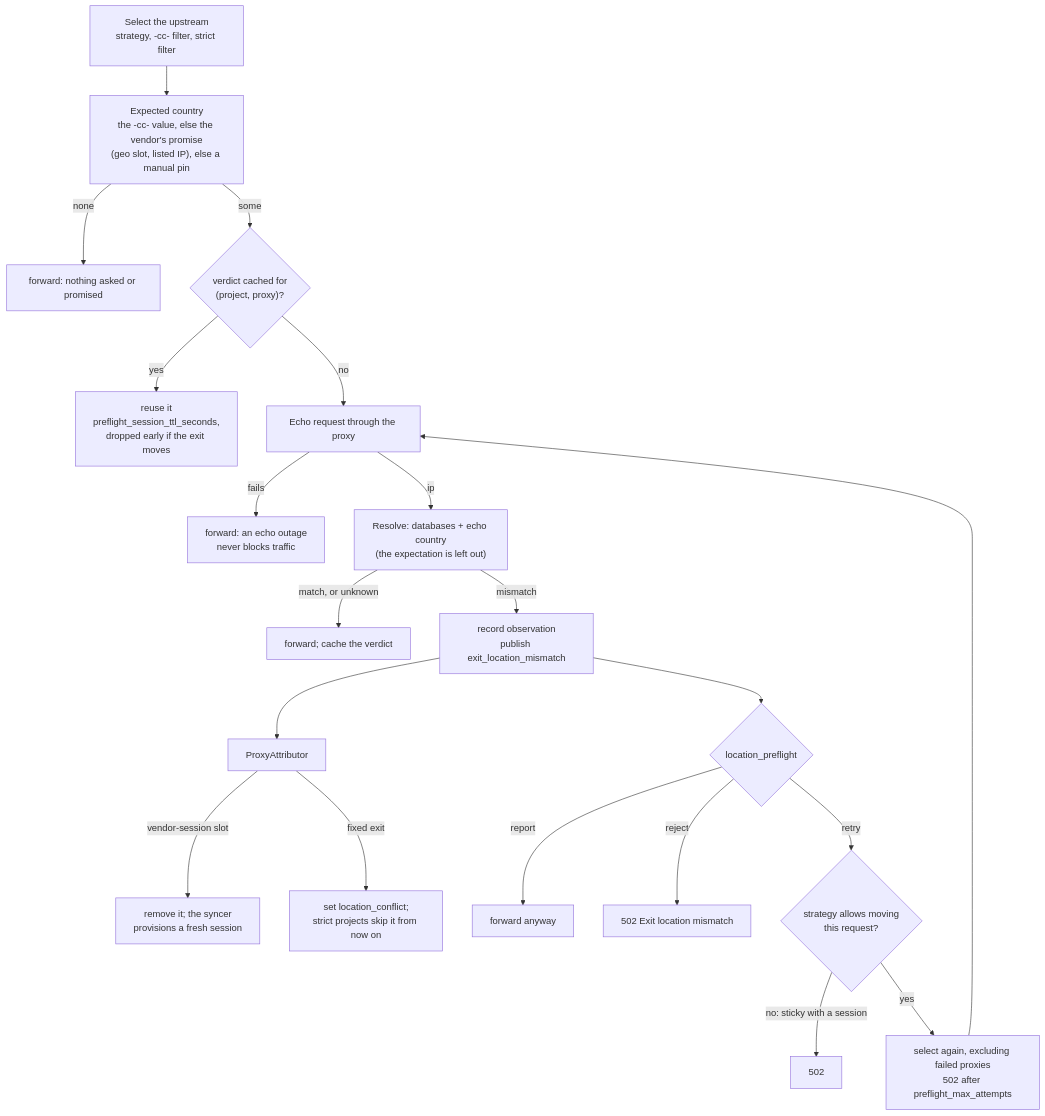
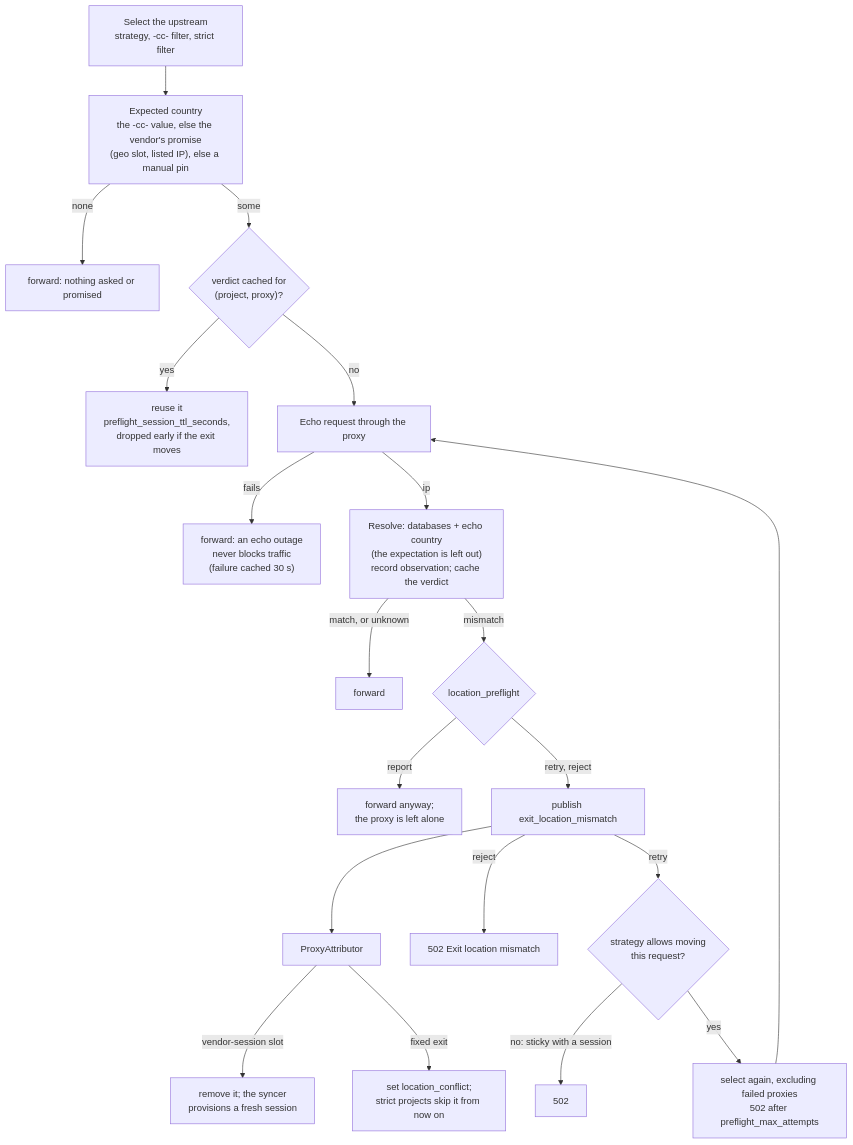
The third of 4 diagrams in docs/ip-attribution.md (octoprox/octoprox), drawn with Mermaid before and after one commit. The commit also changed other lines of this file, not shown here.

Commit message:
Update IP attribution diagrams.

````diff
--- a/docs/ip-attribution.md
+++ b/docs/ip-attribution.md
@@ -60,22 +62,22 @@
 ```mermaid
 flowchart TD
     select["Select the upstream<br/>strategy, -cc- filter, strict filter"] --> expected["Expected country<br/>the -cc- value, else the vendor's promise<br/>(geo slot, listed IP), else a manual pin"]
     expected -->|none| fwd1["forward: nothing asked or promised"]
     expected -->|some| cached{"verdict cached for<br/>(project, proxy)?"}
     cached -->|yes| reuse["reuse it<br/>preflight_session_ttl_seconds,<br/>dropped early if the exit moves"]
     cached -->|no| echo["Echo request through the proxy"]
-    echo -->|fails| fwd2["forward: an echo outage<br/>never blocks traffic"]
-    echo -->|ip| resolve["Resolve: databases + echo country<br/>(the expectation is left out)"]
-    resolve -->|"match, or unknown"| fwd3["forward; cache the verdict"]
-    resolve -->|mismatch| mismatch["record observation<br/>publish exit_location_mismatch"]
+    echo -->|fails| fwd2["forward: an echo outage<br/>never blocks traffic<br/>(failure cached 30 s)"]
+    echo -->|ip| resolve["Resolve: databases + echo country<br/>(the expectation is left out)<br/>record observation; cache the verdict"]
+    resolve -->|"match, or unknown"| fwd3["forward"]
+    resolve -->|mismatch| mode{"location_preflight"}
+    mode -->|report| fwd4["forward anyway;<br/>the proxy is left alone"]
+    mode -->|"retry, reject"| mismatch["publish exit_location_mismatch"]
     mismatch --> attributor["ProxyAttributor"]
     attributor -->|"vendor-session slot"| rotate["remove it; the syncer<br/>provisions a fresh session"]
     attributor -->|"fixed exit"| flag["set location_conflict;<br/>strict projects skip it from now on"]
-    mismatch --> mode{"location_preflight"}
-    mode -->|report| fwd4["forward anyway"]
-    mode -->|reject| r502["502 Exit location mismatch"]
-    mode -->|retry| allowed{"strategy allows moving<br/>this request?"}
+    mismatch -->|reject| r502["502 Exit location mismatch"]
+    mismatch -->|retry| allowed{"strategy allows moving<br/>this request?"}
     allowed -->|"no: sticky with a session"| r502b["502"]
     allowed -->|yes| reselect["select again, excluding failed proxies<br/>502 after preflight_max_attempts"]
     reselect --> echo
 ```
````
